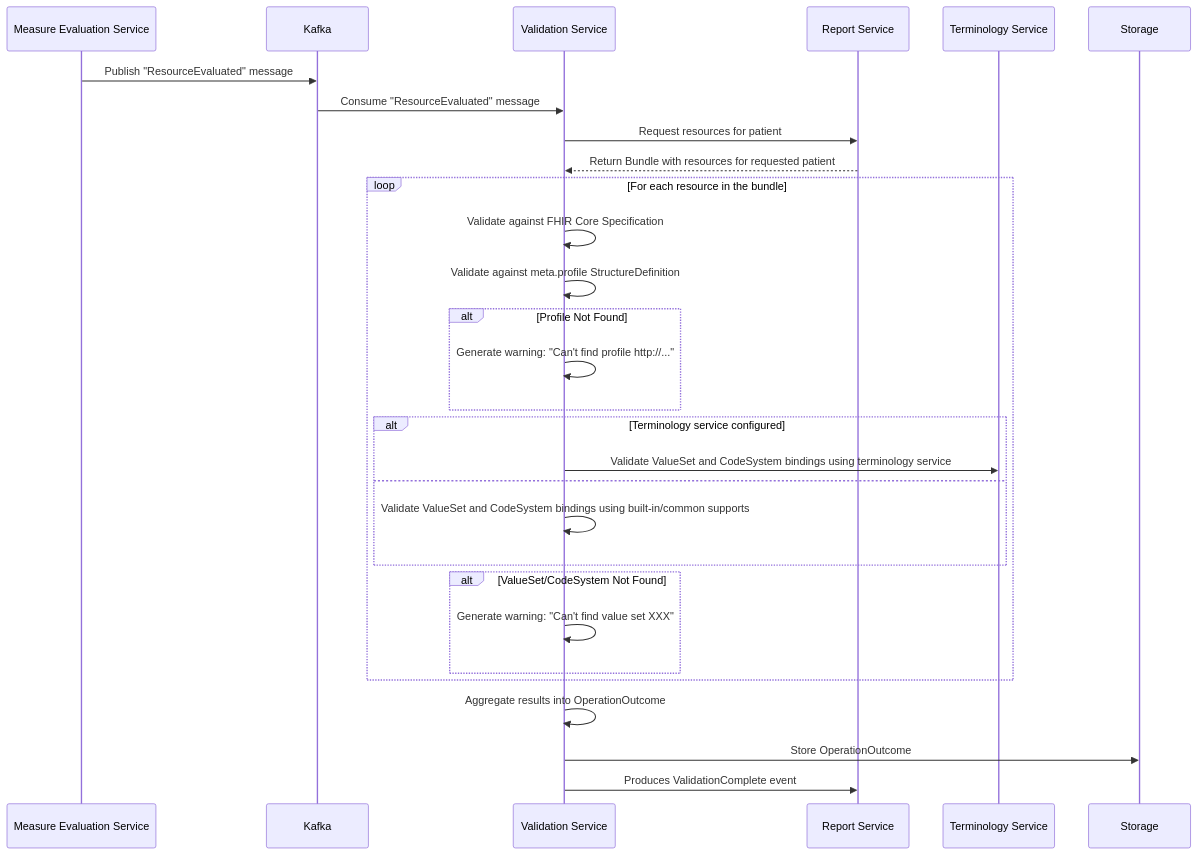
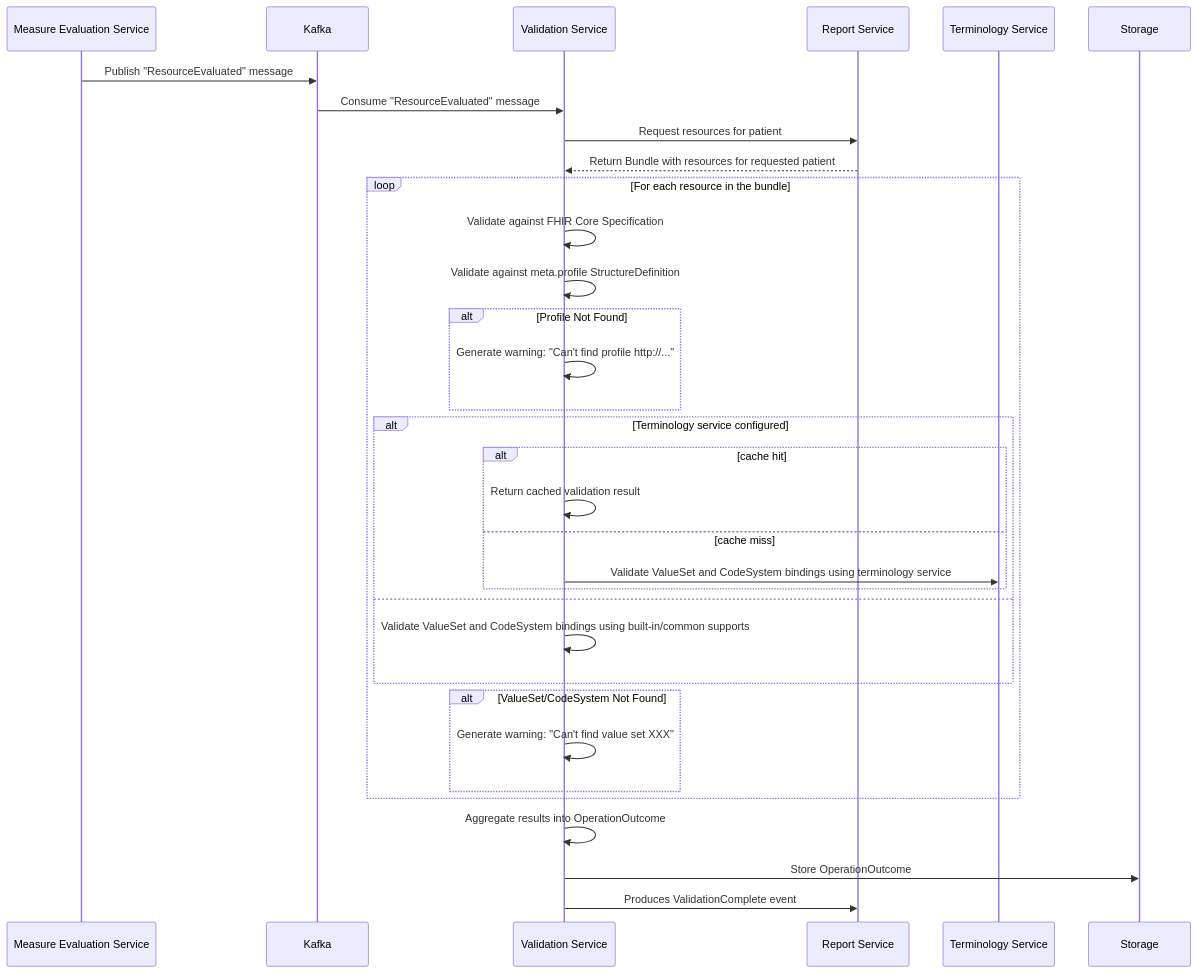
One commit to lantanagroup/link-cloud changed the diagram in docs/domains/Compliance/services/ValidationService/index.mdx. Above: the diagram before and after it, drawn with Mermaid. The commit also changed other lines of this file and 16 other files, not shown here.

````diff
--- a/docs/domains/Compliance/services/ValidationService/index.mdx
+++ b/docs/domains/Compliance/services/ValidationService/index.mdx
@@ -186,31 +186,35 @@
 ```mermaid
 sequenceDiagram
     participant MES as Measure Evaluation Service
     participant Kafka as Kafka
     participant VS as Validation Service
     participant RS as Report Service
     participant TX as Terminology Service
 
     MES->>Kafka: Publish "ResourceEvaluated" message
     Kafka->>VS: Consume "ResourceEvaluated" message
     VS->>RS: Request resources for patient
     RS-->>VS: Return Bundle with resources for requested patient
     loop For each resource in the bundle
         VS->>VS: Validate against FHIR Core Specification
         VS->>VS: Validate against meta.profile StructureDefinition
         alt Profile Not Found
             VS->>VS: Generate warning: "Can't find profile http://..."
         end
         alt Terminology service configured
-            VS->>TX: Validate ValueSet and CodeSystem bindings using terminology service
+            alt cache hit
+                VS->>VS: Return cached validation result
+            else cache miss
+                VS->>TX: Validate ValueSet and CodeSystem bindings using terminology service
+            end
         else
             VS->>VS: Validate ValueSet and CodeSystem bindings using built-in/common supports
         end
         alt ValueSet/CodeSystem Not Found
             VS->>VS: Generate warning: "Can't find value set XXX"
         end
     end
     VS->>VS: Aggregate results into OperationOutcome
     VS->>Storage: Store OperationOutcome
     VS->>RS: Produces ValidationComplete event
 ```
````
